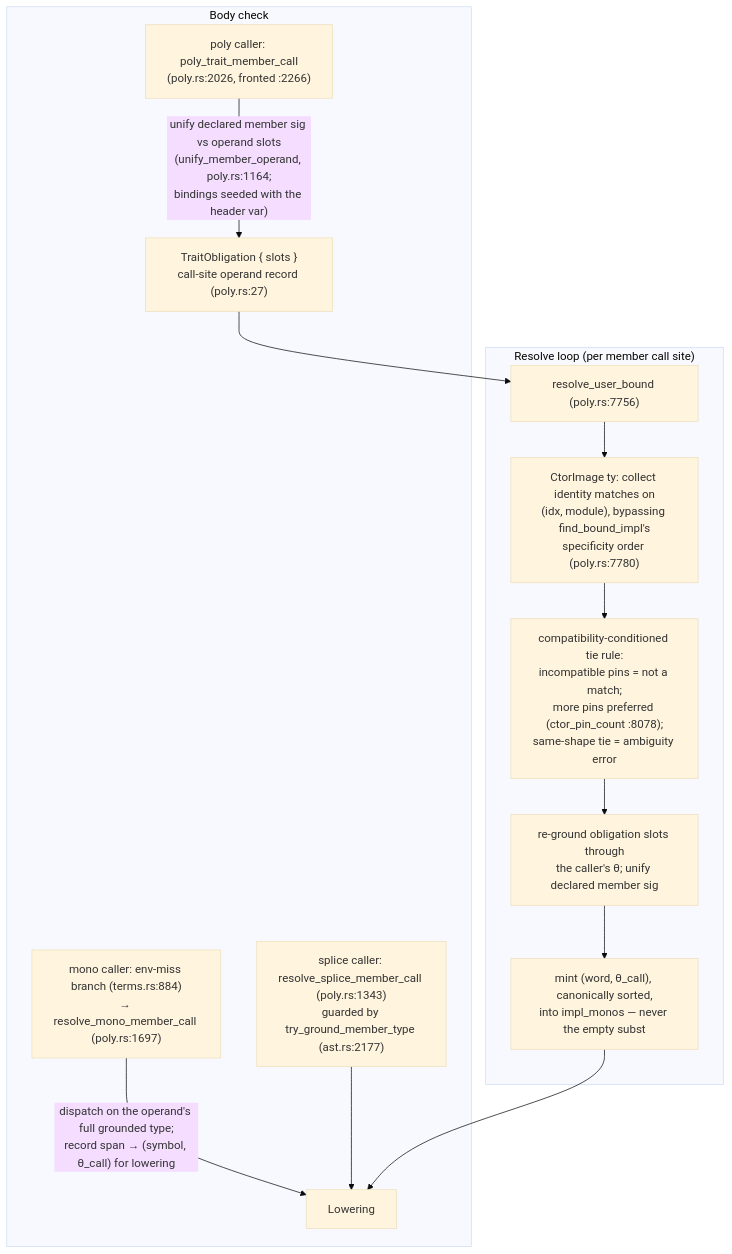
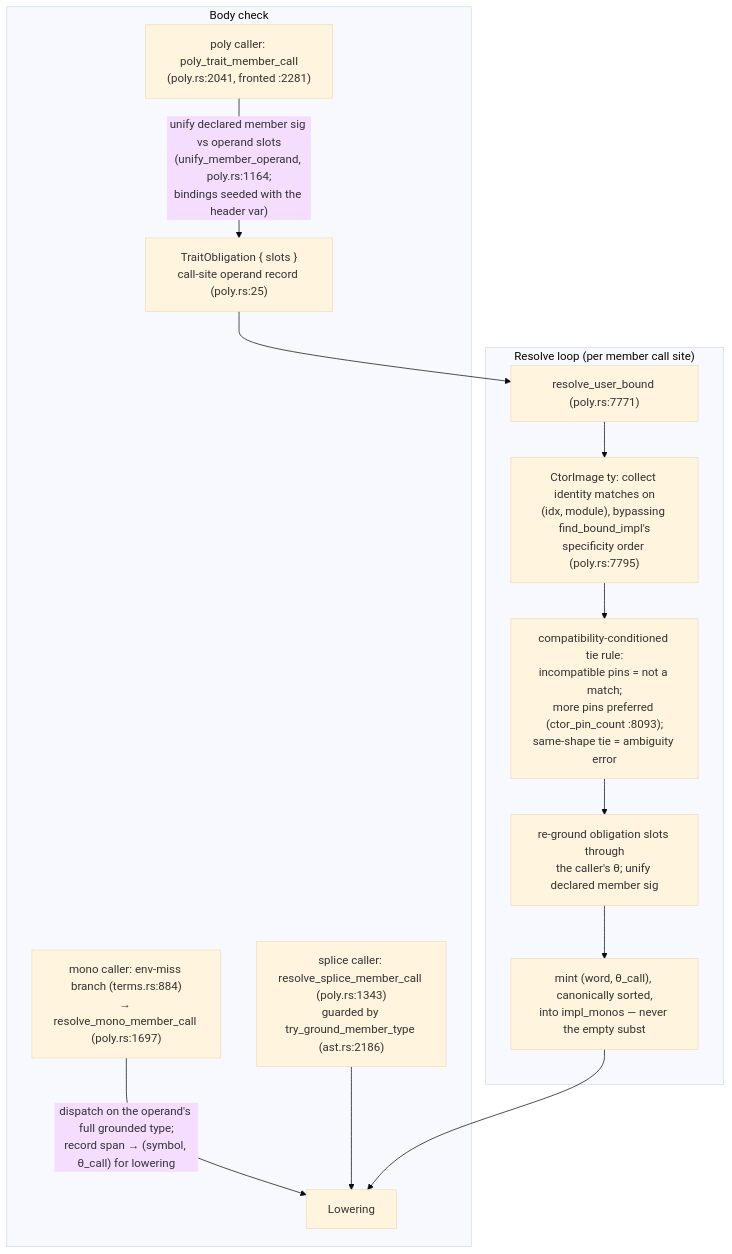
One commit to Istar-Eldritch/sooth changed the diagram in docs/roadmap/P7b/slice2-spec.md. Above: the diagram before and after it, drawn with Mermaid (base theme). The commit also changed other lines of this file and 5 other files, not shown here.

First line of the commit message:
fix(check): reject explicit type args on concrete-impl member calls; docs precision

````diff
--- a/docs/roadmap/P7b/slice2-spec.md
+++ b/docs/roadmap/P7b/slice2-spec.md
@@ -126,21 +126,21 @@
 ```mermaid
 flowchart TD
     subgraph BodyCheck["Body check"]
-        P["poly caller: poly_trait_member_call<br/>(poly.rs:2026, fronted :2266)"]
+        P["poly caller: poly_trait_member_call<br/>(poly.rs:2041, fronted :2281)"]
         P -->|"unify declared member sig vs operand slots<br/>(unify_member_operand, poly.rs:1164;<br/>bindings seeded with the header var)"| O
         M["mono caller: env-miss branch (terms.rs:884)<br/>&rarr; resolve_mono_member_call (poly.rs:1697)"]
         M -->|"dispatch on the operand's full grounded type;<br/>record span &rarr; (symbol, θ_call) for lowering"| L["Lowering"]
-        S["splice caller: resolve_splice_member_call (poly.rs:1343)<br/>guarded by try_ground_member_type (ast.rs:2177)"]
+        S["splice caller: resolve_splice_member_call (poly.rs:1343)<br/>guarded by try_ground_member_type (ast.rs:2186)"]
         S --> L
-        O["TraitObligation { slots }<br/>call-site operand record (poly.rs:27)"]
+        O["TraitObligation { slots }<br/>call-site operand record (poly.rs:25)"]
     end
     O --> R
     subgraph Resolve["Resolve loop (per member call site)"]
-        R["resolve_user_bound (poly.rs:7756)"]
-        R --> C["CtorImage ty: collect identity matches on<br/>(idx, module), bypassing find_bound_impl's<br/>specificity order (poly.rs:7780)"]
-        C --> T["compatibility-conditioned tie rule:<br/>incompatible pins = not a match;<br/>more pins preferred (ctor_pin_count :8078);<br/>same-shape tie = ambiguity error"]
+        R["resolve_user_bound (poly.rs:7771)"]
+        R --> C["CtorImage ty: collect identity matches on<br/>(idx, module), bypassing find_bound_impl's<br/>specificity order (poly.rs:7795)"]
+        C --> T["compatibility-conditioned tie rule:<br/>incompatible pins = not a match;<br/>more pins preferred (ctor_pin_count :8093);<br/>same-shape tie = ambiguity error"]
         T --> G["re-ground obligation slots through<br/>the caller's θ; unify declared member sig"]
         G --> MI["mint (word, θ_call), canonically sorted,<br/>into impl_monos — never the empty subst"]
     end
     MI --> L
 ```
````
